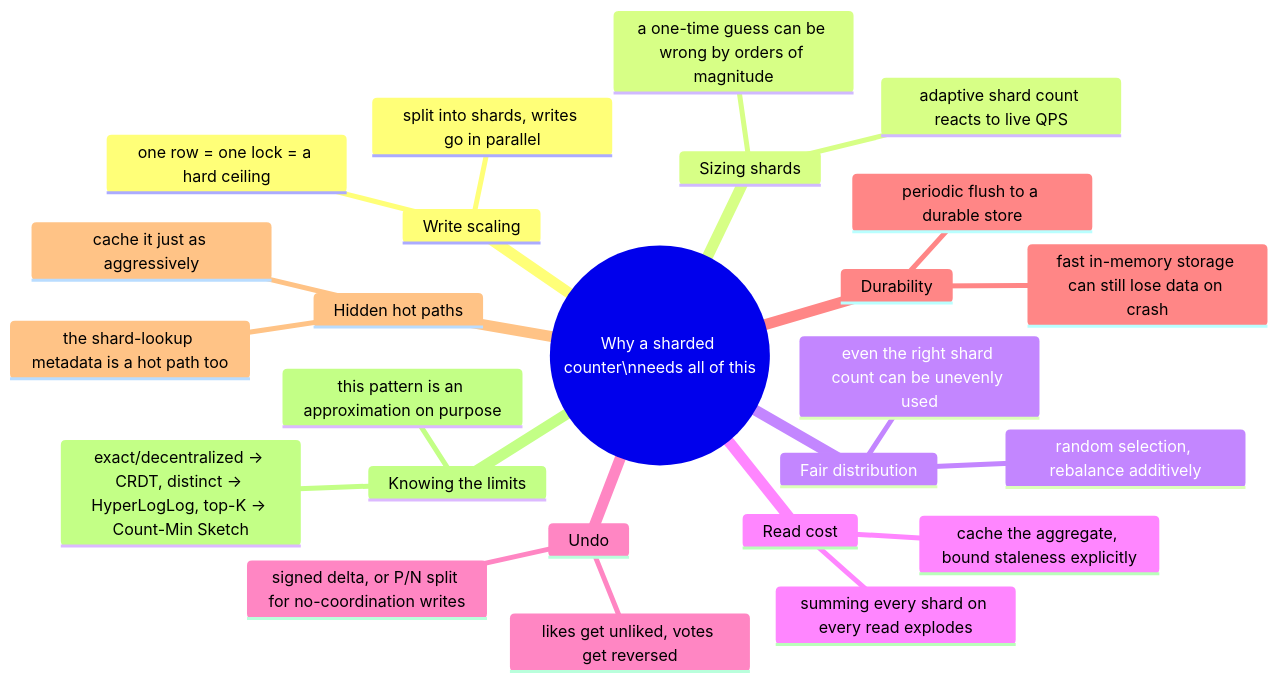
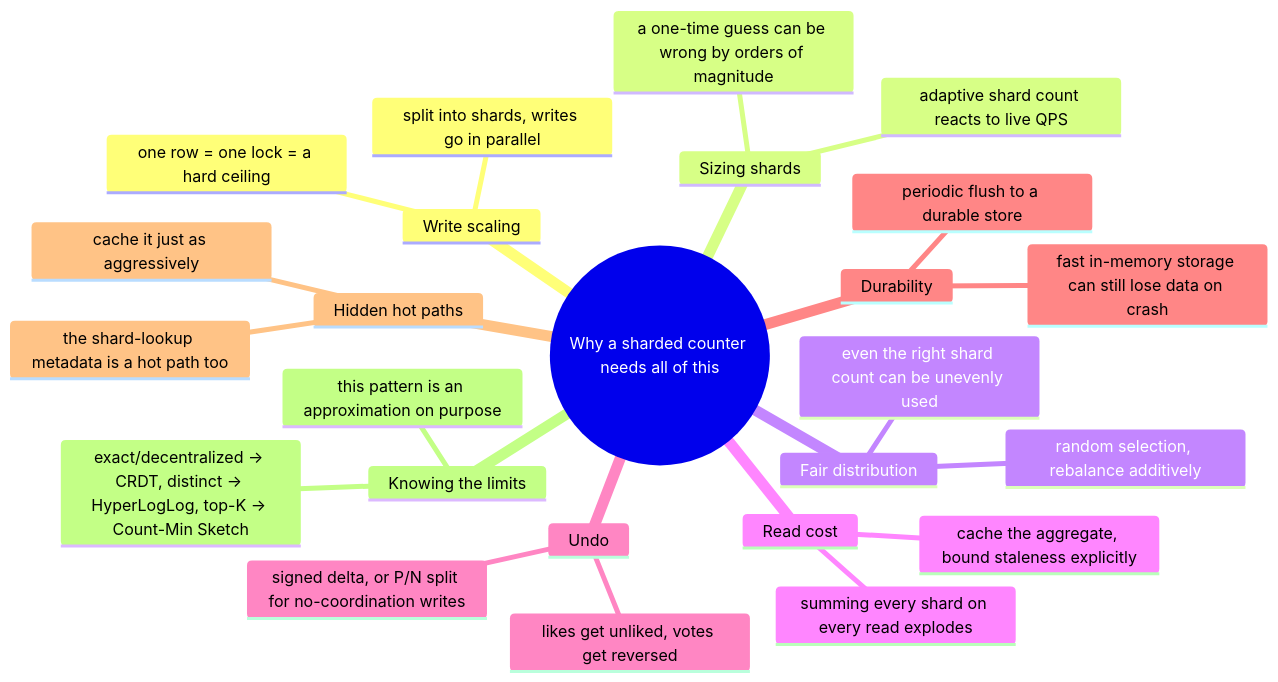
One commit to riyaz-pasha/Learnings changed diagram 12 of 12 in system-design/HLD/0-course/24-Sharded-Counters-FAANG-Guide-story.md. Above: the diagram before and after it, drawn with Mermaid. The commit also changed other lines of this file and 1 other file, not shown here.

Commit message:
docs: break long paragraphs into smaller chunks for readability in Sharded Counters guides

````diff
--- a/system-design/HLD/0-course/24-Sharded-Counters-FAANG-Guide-story.md
+++ b/system-design/HLD/0-course/24-Sharded-Counters-FAANG-Guide-story.md
@@ -272,28 +425,28 @@
 ```mermaid
 mindmap
-  root((Why a sharded counter\nneeds all of this))
+  root((Why a sharded counter needs all of this))
     Write scaling
       one row = one lock = a hard ceiling
       split into shards, writes go in parallel
     Sizing shards
       a one-time guess can be wrong by orders of magnitude
       adaptive shard count reacts to live QPS
     Fair distribution
       even the right shard count can be unevenly used
       random selection, rebalance additively
     Read cost
       summing every shard on every read explodes
       cache the aggregate, bound staleness explicitly
     Undo
       likes get unliked, votes get reversed
       signed delta, or P/N split for no-coordination writes
     Durability
       fast in-memory storage can still lose data on crash
       periodic flush to a durable store
     Hidden hot paths
       the shard-lookup metadata is a hot path too
       cache it just as aggressively
     Knowing the limits
       this pattern is an approximation on purpose
       exact/decentralized -> CRDT, distinct -> HyperLogLog, top-K -> Count-Min Sketch
 ```
````
